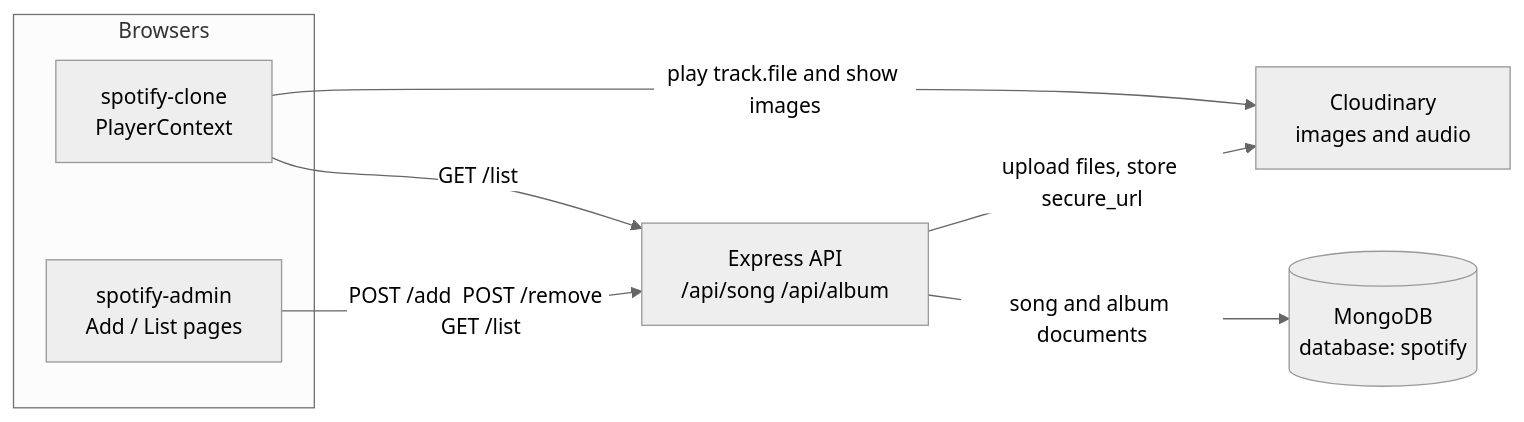
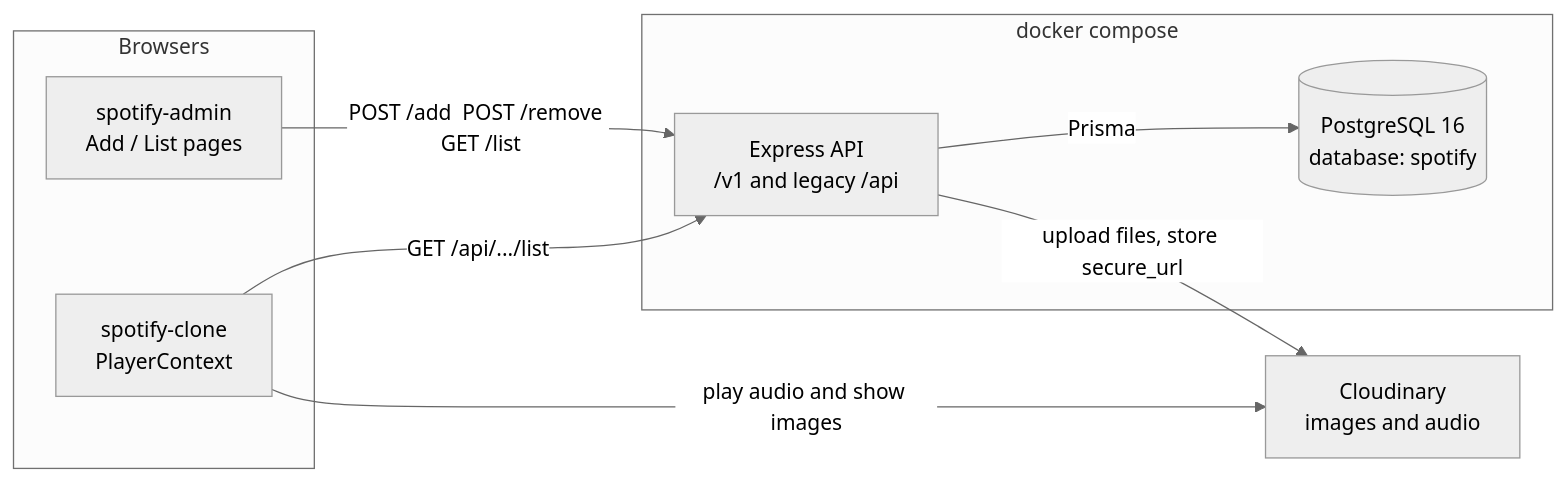
One commit to kuldeepsinghr/Spotify-clone changed the first of 5 diagrams in ARCHITECTURE.md. Above: the diagram before and after it, drawn with Mermaid (neutral theme). The commit also changed other lines of this file and 67 other files, not shown here.

Commit message:
feat(m3): layered typescript api with paginated /v1 catalog, search and postgres-backed legacy routes

````diff
--- a/ARCHITECTURE.md
+++ b/ARCHITECTURE.md
@@ -11,17 +11,19 @@
 ```mermaid
 flowchart LR
   subgraph clients [Browsers]
     Player["spotify-clone<br/>PlayerContext"]
     Admin["spotify-admin<br/>Add / List pages"]
   end
 
-  API["Express API<br/>/api/song  /api/album"]
-  DB[("MongoDB<br/>database: spotify")]
+  subgraph docker [docker compose]
+    API["Express API<br/>/v1 and legacy /api"]
+    DB[("PostgreSQL 16<br/>database: spotify")]
+  end
   CDN["Cloudinary<br/>images and audio"]
 
-  Player -->|"GET /list"| API
+  Player -->|"GET /api/.../list"| API
   Admin -->|"POST /add  POST /remove  GET /list"| API
-  API -->|"song and album documents"| DB
+  API -->|"Prisma"| DB
   API -->|"upload files, store secure_url"| CDN
-  Player -->|"play track.file and show images"| CDN
+  Player -->|"play audio and show images"| CDN
 ```
````
